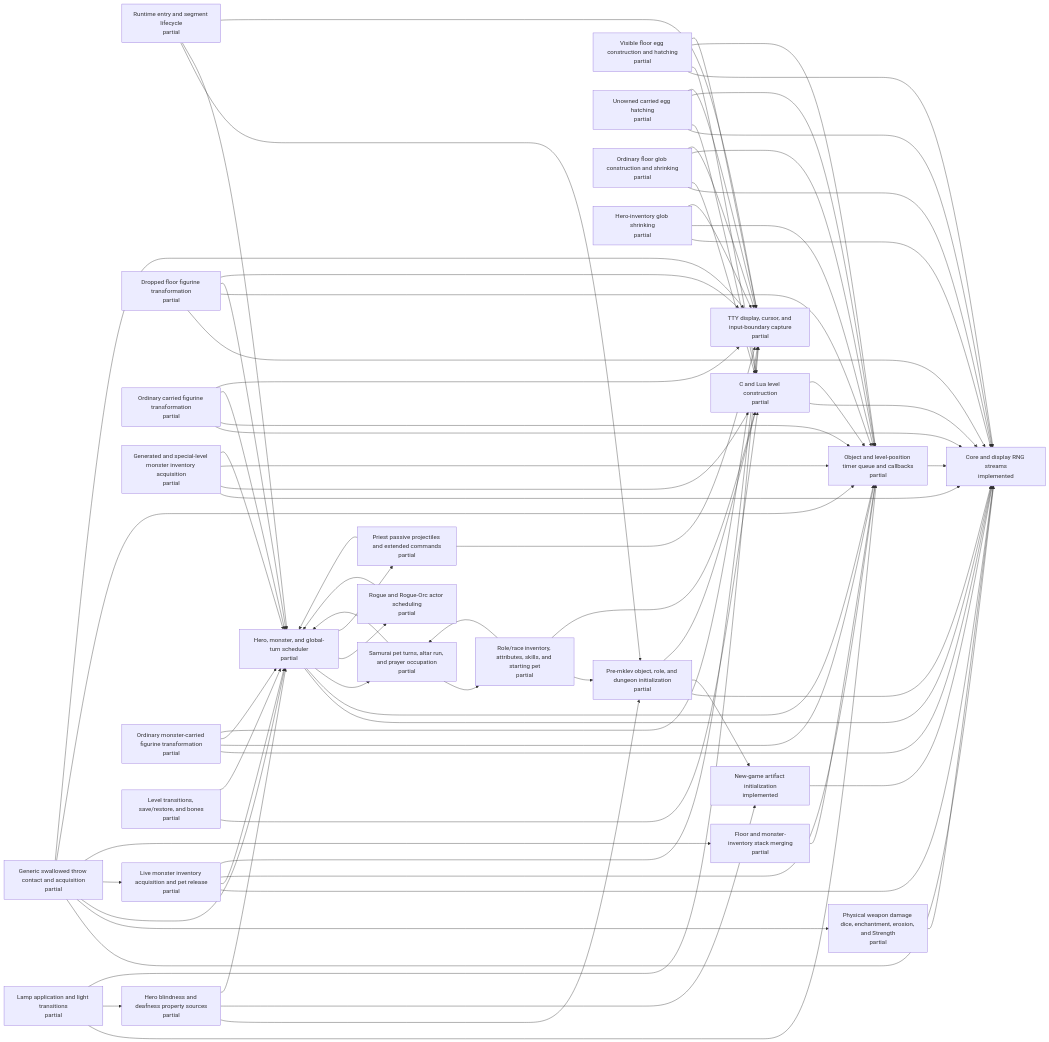
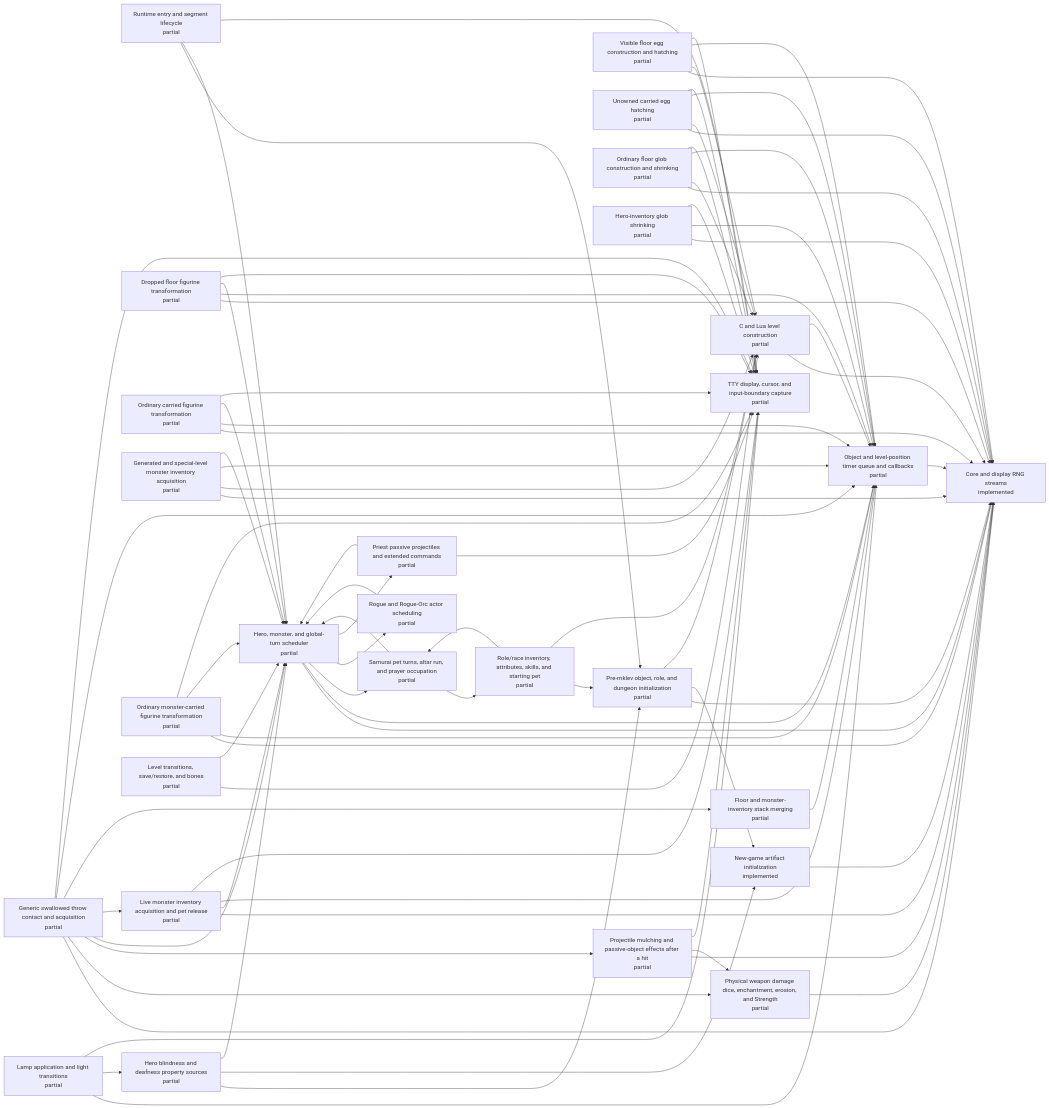
Before and after one commit to daoa0601/teleport-contest: the diagram in docs/architecture/c-lua-ownership.generated.md, drawn with Mermaid. The commit also changed other lines of this file and 3 other files, not shown here.

Commit message:
Map swallowed projectile lifecycle ownership

```diff
--- a/docs/architecture/c-lua-ownership.generated.md
+++ b/docs/architecture/c-lua-ownership.generated.md
@@ -28,6 +28,7 @@
     n_runtime_monster_inventory_acquisition["Live monster inventory acquisition and pet release<br/>partial"]
     n_generic_swallowed_throw["Generic swallowed throw contact and acquisition<br/>partial"]
     n_physical_weapon_damage["Physical weapon damage dice, enchantment, erosion, and Strength<br/>partial"]
+    n_projectile_hit_lifecycle["Projectile mulching and passive-object effects after a hit<br/>partial"]
     n_object_stack_merging["Floor and monster-inventory stack merging<br/>partial"]
     n_monster_figurine_transform["Ordinary monster-carried figurine transformation<br/>partial"]
     n_timed_lamp_application["Lamp application and light transitions<br/>partial"]
@@ -86,12 +87,16 @@
     n_runtime_monster_inventory_acquisition --> n_tty_display
     n_generic_swallowed_throw --> n_rng_core
     n_generic_swallowed_throw --> n_physical_weapon_damage
+    n_generic_swallowed_throw --> n_projectile_hit_lifecycle
     n_generic_swallowed_throw --> n_turn_scheduler
     n_generic_swallowed_throw --> n_runtime_monster_inventory_acquisition
     n_generic_swallowed_throw --> n_object_stack_merging
     n_generic_swallowed_throw --> n_object_timer_queue
     n_generic_swallowed_throw --> n_tty_display
     n_physical_weapon_damage --> n_rng_core
+    n_projectile_hit_lifecycle --> n_rng_core
+    n_projectile_hit_lifecycle --> n_physical_weapon_damage
+    n_projectile_hit_lifecycle --> n_tty_display
     n_object_stack_merging --> n_object_timer_queue
     n_monster_figurine_transform --> n_rng_core
     n_monster_figurine_transform --> n_object_timer_queue
```
